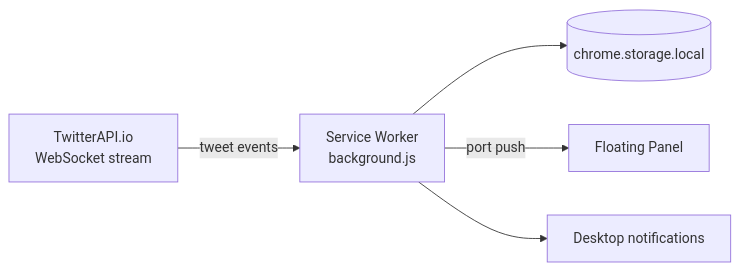
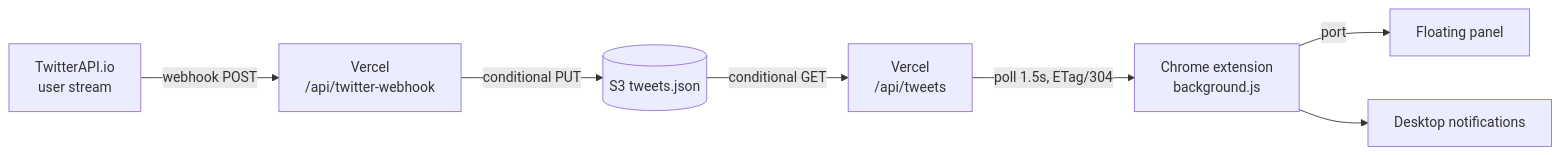
Before and after one commit to unnat7779/x-monitoring-dashboard: the diagram in README.md, drawn with Mermaid. The commit also changed other lines of this file and 29 other files, not shown here.

Commit message:
Implement Pusher real-time push, TwitterAPI.io WebSocket bridge with market hours schedule and 5-min manual cut-off

````diff
--- a/README.md
+++ b/README.md
@@ -23,7 +11,9 @@
 ```mermaid
 flowchart LR
-    A[TwitterAPI.io<br/>WebSocket stream] -->|tweet events| B[Service Worker<br/>background.js]
-    B --> C[(chrome.storage.local)]
-    B -->|port push| D[Floating Panel]
-    B --> E[Desktop notifications]
+    A[TwitterAPI.io<br/>user stream] -->|webhook POST| B[Vercel<br/>/api/twitter-webhook]
+    B -->|conditional PUT| C[(S3 tweets.json)]
+    C -->|conditional GET| D[Vercel<br/>/api/tweets]
+    D -->|poll 1.5s, ETag/304| E[Chrome extension<br/>background.js]
+    E -->|port| F[Floating panel]
+    E --> G[Desktop notifications]
 ```
````
